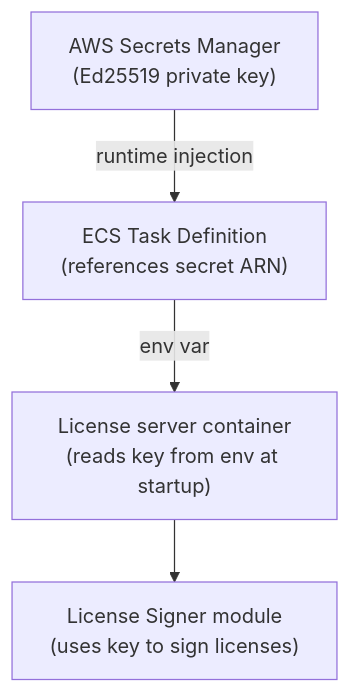
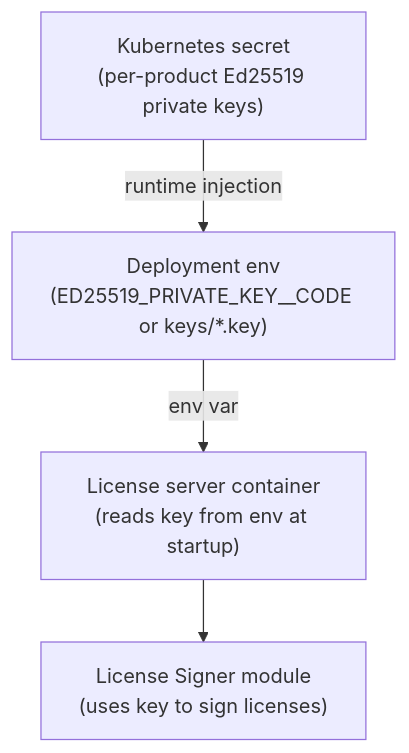
The second of 3 diagrams in docs/ENTERPRISE_CICD.md (ShristiLabs/madhyamas), drawn with Mermaid before and after one commit. The commit also changed other lines of this file and 3 other files, not shown here.

````diff
--- a/docs/ENTERPRISE_CICD.md
+++ b/docs/ENTERPRISE_CICD.md
@@ -1227,11 +1173,11 @@
 ```mermaid
 graph TD
-    SM["AWS Secrets Manager<br/>(Ed25519 private key)"]
-    TASK["ECS Task Definition<br/>(references secret ARN)"]
+    SM["Kubernetes secret<br/>(per-product Ed25519 private keys)"]
+    TASK["Deployment env<br/>(ED25519_PRIVATE_KEY__CODE or keys/*.key)"]
     CONTAINER["License server container<br/>(reads key from env at startup)"]
     SIGNER["License Signer module<br/>(uses key to sign licenses)"]
 
     SM -->|"runtime injection"| TASK
     TASK -->|"env var"| CONTAINER
     CONTAINER --> SIGNER
 ```
````
